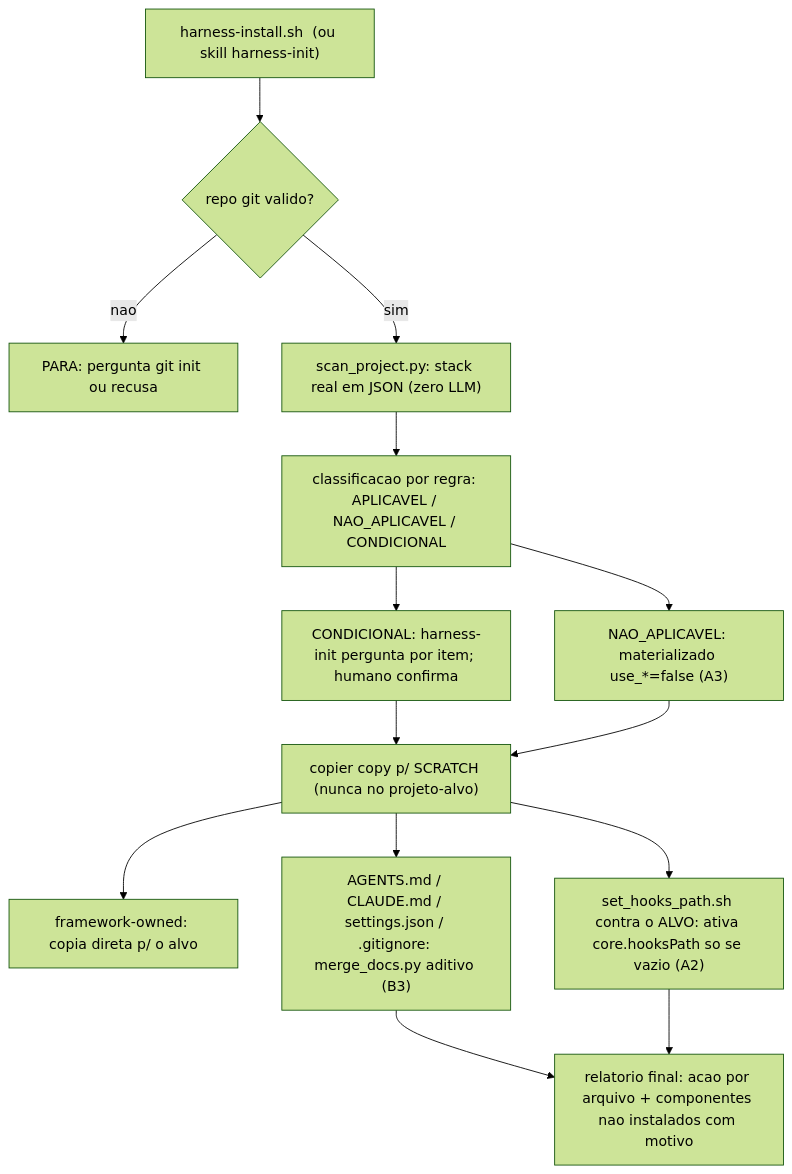
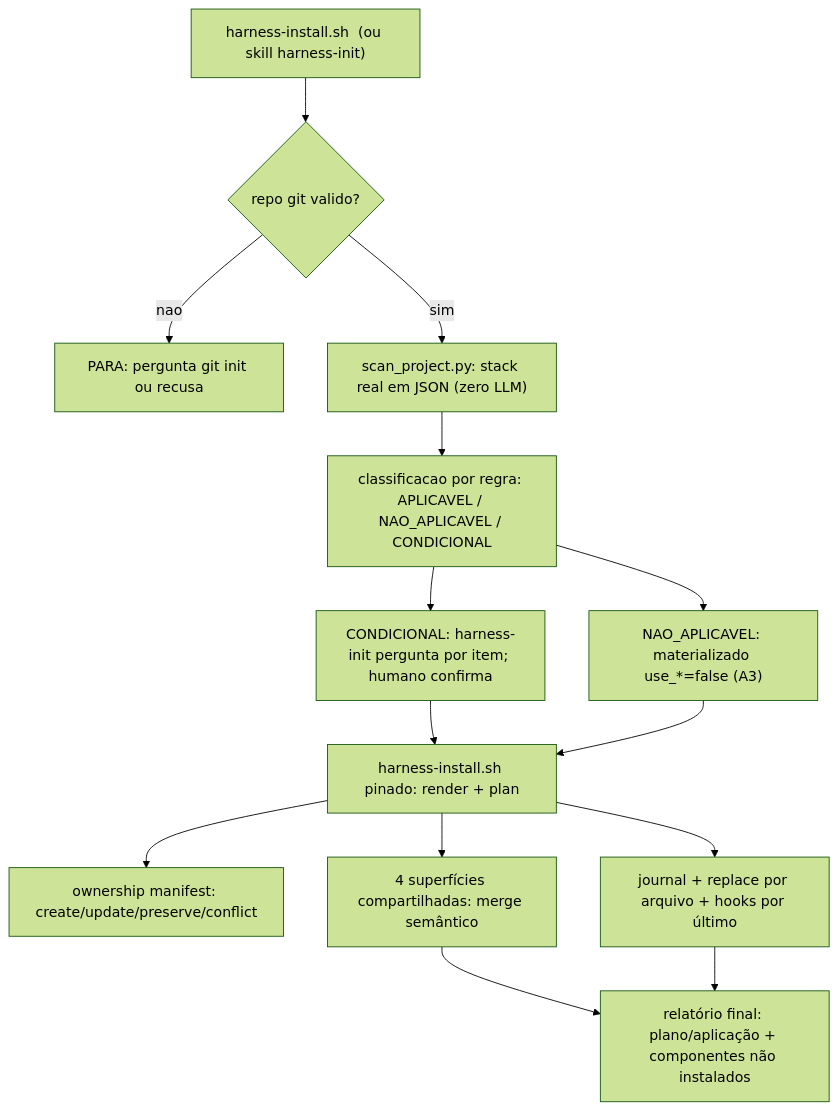
Before and after one commit to gutocarollo/orions-belt: the first of 5 diagrams in docs/manual/14-instalacao-e-update.md, drawn with Mermaid (forest theme). The commit also changed other lines of this file and 59 other files, not shown here.

````diff
--- a/docs/manual/14-instalacao-e-update.md
+++ b/docs/manual/14-instalacao-e-update.md
@@ -62,16 +65,16 @@
 ```mermaid
 flowchart TD
     A["harness-install.sh <alvo> (ou skill harness-init)"] --> B{"repo git valido?"}
     B -- "nao" --> C["PARA: pergunta git init ou recusa"]
     B -- "sim" --> D["scan_project.py: stack real em JSON (zero LLM)"]
     D --> E["classificacao por regra: APLICAVEL / NAO_APLICAVEL / CONDICIONAL"]
     E --> F["CONDICIONAL: harness-init pergunta por item; humano confirma"]
     E --> G["NAO_APLICAVEL: materializado use_*=false (A3)"]
-    F --> H["copier copy p/ SCRATCH (nunca no projeto-alvo)"]
+    F --> H["harness-install.sh pinado: render + plan"]
     G --> H
-    H --> I["framework-owned: copia direta p/ o alvo"]
-    H --> J["AGENTS.md / CLAUDE.md / settings.json / .gitignore: merge_docs.py aditivo (B3)"]
-    H --> K["set_hooks_path.sh contra o ALVO: ativa core.hooksPath so se vazio (A2)"]
-    J --> L["relatorio final: acao por arquivo + componentes nao instalados com motivo"]
+    H --> I["ownership manifest: create/update/preserve/conflict"]
+    H --> J["4 superfícies compartilhadas: merge semântico"]
+    H --> K["journal + replace por arquivo + hooks por último"]
+    J --> L["relatório final: plano/aplicação + componentes não instalados"]
     K --> L
 ```
````
